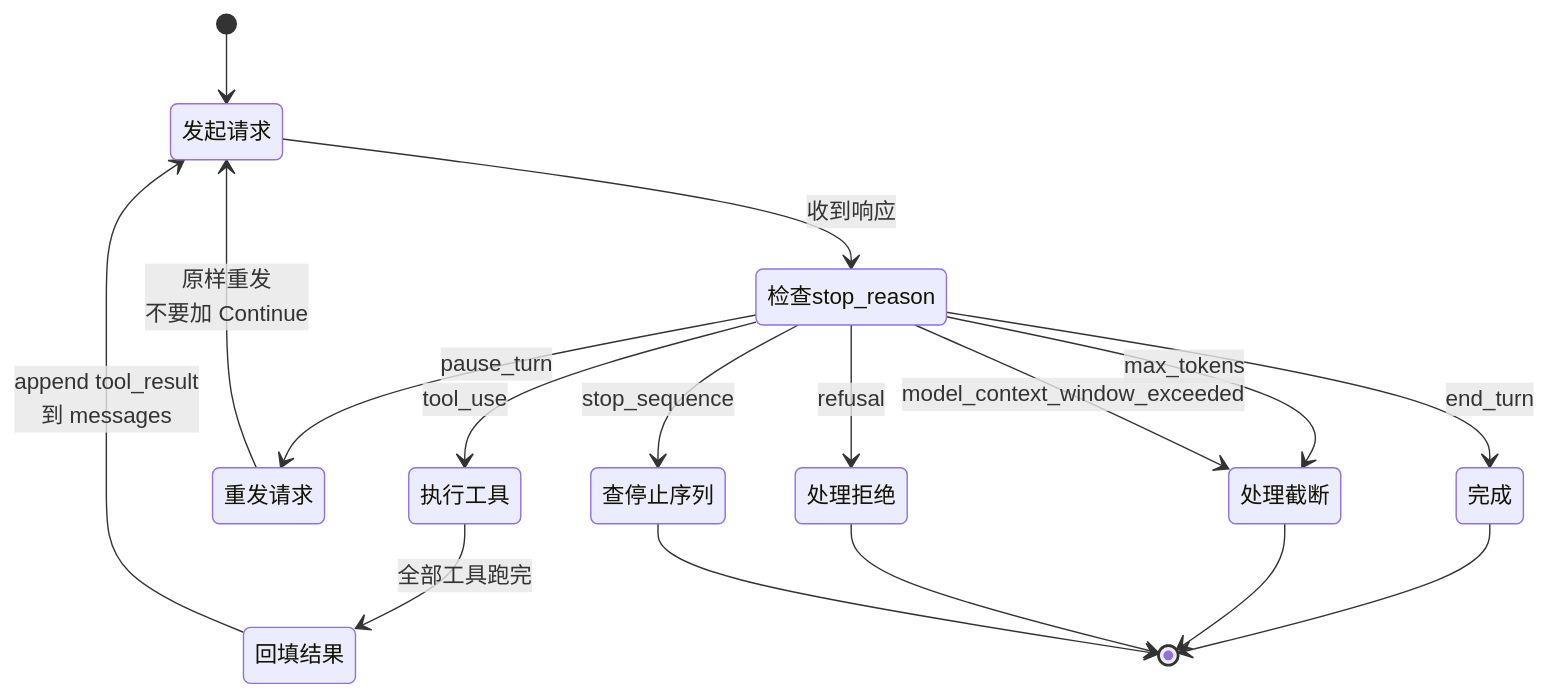
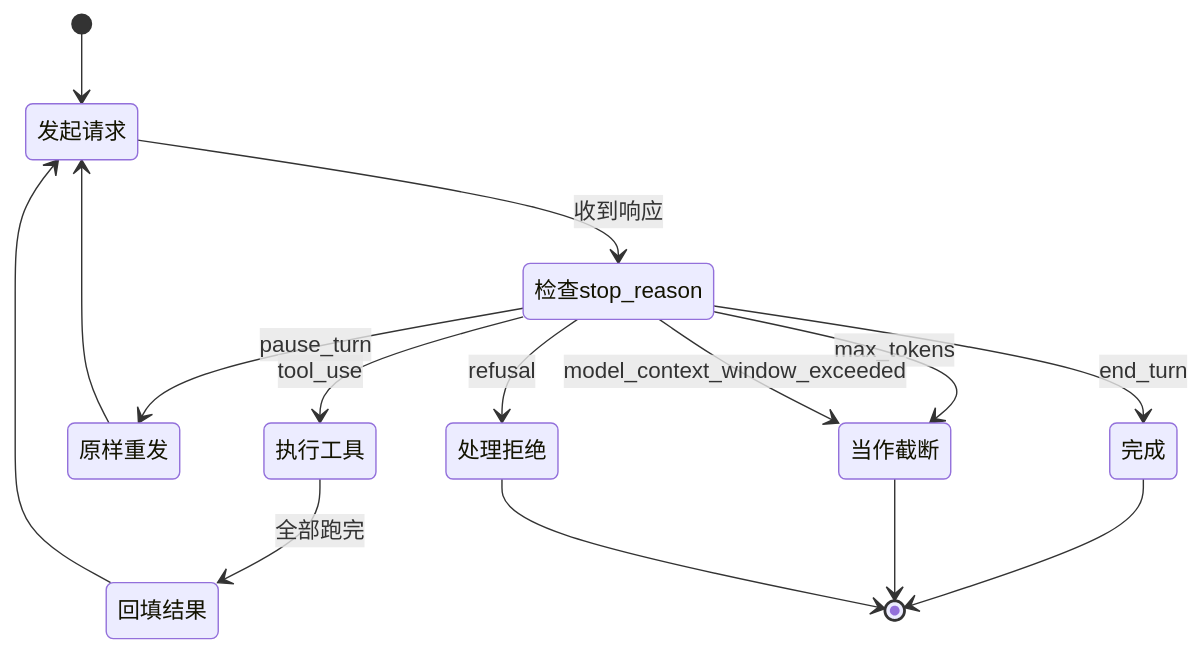
Before and after one commit to caiboyang/ML-learning: the fifth of 6 diagrams in phase3_tool_usage/Tool_Use_Study_Notes.md, drawn with Mermaid. The commit also changed other lines of this file and 1 other file, not shown here.

````diff
--- a/phase3_tool_usage/Tool_Use_Study_Notes.md
+++ b/phase3_tool_usage/Tool_Use_Study_Notes.md
@@ -1118,23 +493,20 @@
 ```mermaid
 stateDiagram-v2
     [*] --> 发起请求
     发起请求 --> 检查stop_reason: 收到响应
 
     检查stop_reason --> 执行工具: tool_use
-    检查stop_reason --> 重发请求: pause_turn
+    检查stop_reason --> 原样重发: pause_turn
     检查stop_reason --> 完成: end_turn
-    检查stop_reason --> 处理截断: max_tokens
-    检查stop_reason --> 处理截断: model_context_window_exceeded
+    检查stop_reason --> 当作截断: max_tokens
+    检查stop_reason --> 当作截断: model_context_window_exceeded
     检查stop_reason --> 处理拒绝: refusal
-    检查stop_reason --> 查停止序列: stop_sequence
 
-    执行工具 --> 回填结果: 全部工具跑完
-    回填结果 --> 发起请求: append tool_result<br/>到 messages
-
-    重发请求 --> 发起请求: 原样重发<br/>不要加 Continue
+    执行工具 --> 回填结果: 全部跑完
+    回填结果 --> 发起请求
+    原样重发 --> 发起请求
 
     完成 --> [*]
-    处理截断 --> [*]
+    当作截断 --> [*]
     处理拒绝 --> [*]
-    查停止序列 --> [*]
 ```
````
